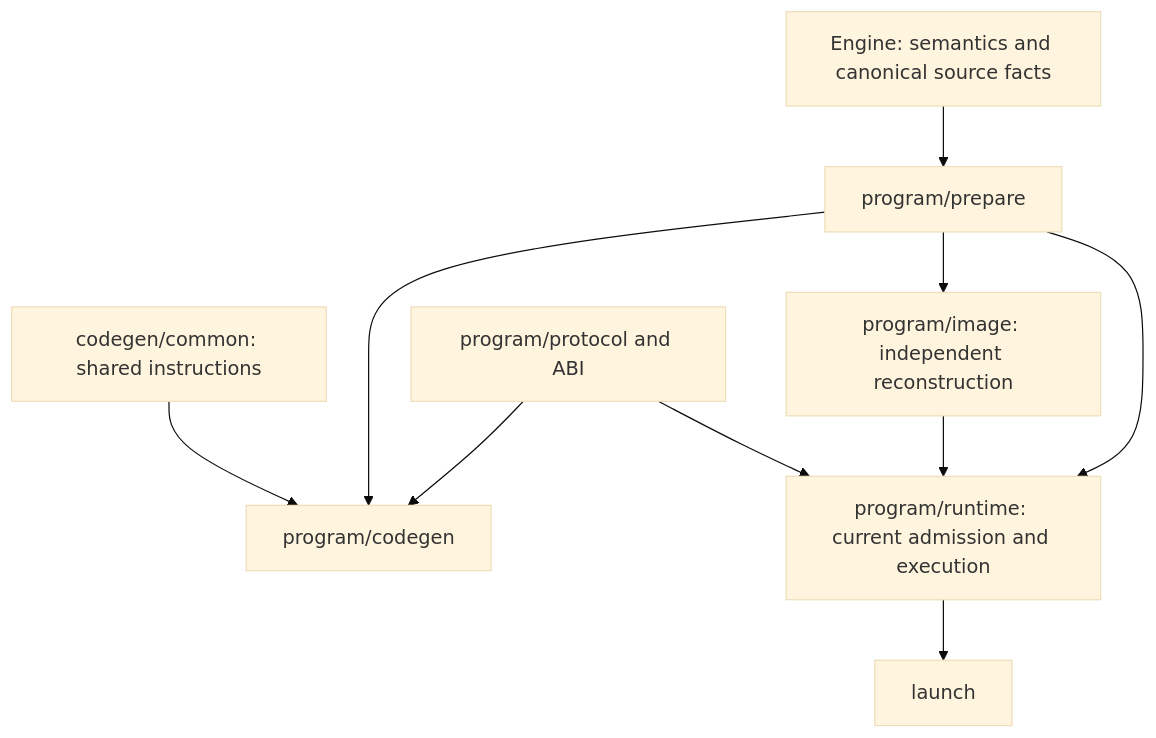
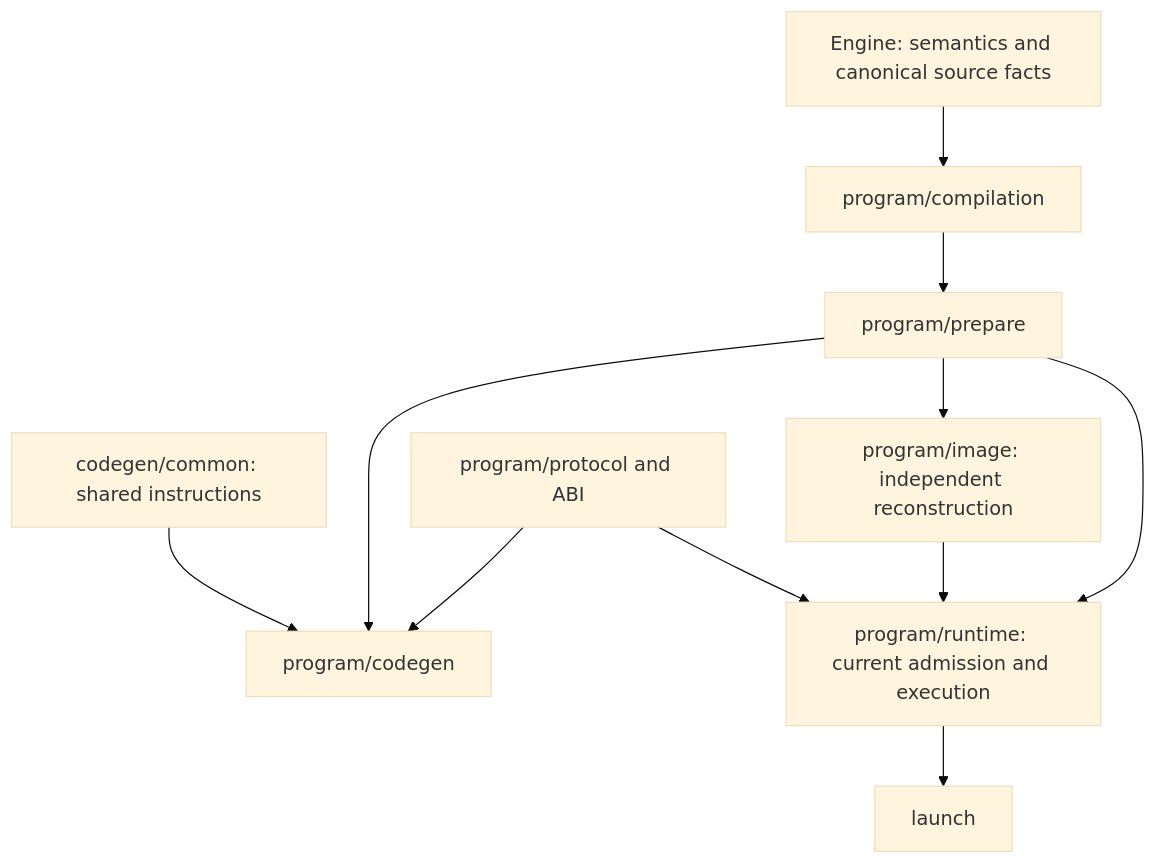
One commit to mech-lang/mech changed the diagram in docs/design/native-compiler-architecture.md. Above: the diagram before and after it, drawn with Mermaid (base theme). The commit also changed other lines of this file and 6 other files, not shown here.

````diff
--- a/docs/design/native-compiler-architecture.md
+++ b/docs/design/native-compiler-architecture.md
@@ -15,12 +15,13 @@
 ```mermaid
 flowchart TD
-  E[Engine: semantics and canonical source facts] --> P[program/prepare]
+  E[Engine: semantics and canonical source facts] --> B[program/compilation]
+  B --> P[program/prepare]
   P --> C[program/codegen]
   N[codegen/common: shared instructions] --> C
   P --> I[program/image: independent reconstruction]
   P --> R[program/runtime: current admission and execution]
   Q[program/protocol and ABI] --> C
   Q --> R
   I --> R
   R --> L[launch]
 ```
````
